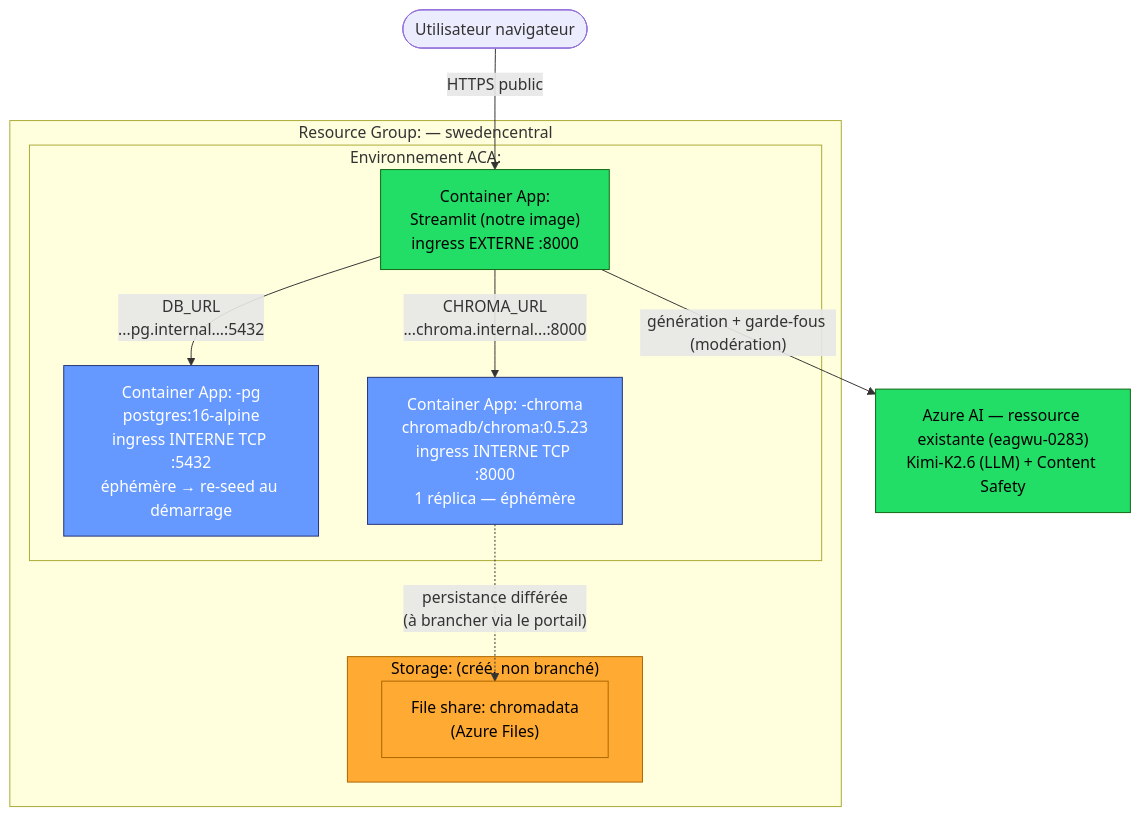
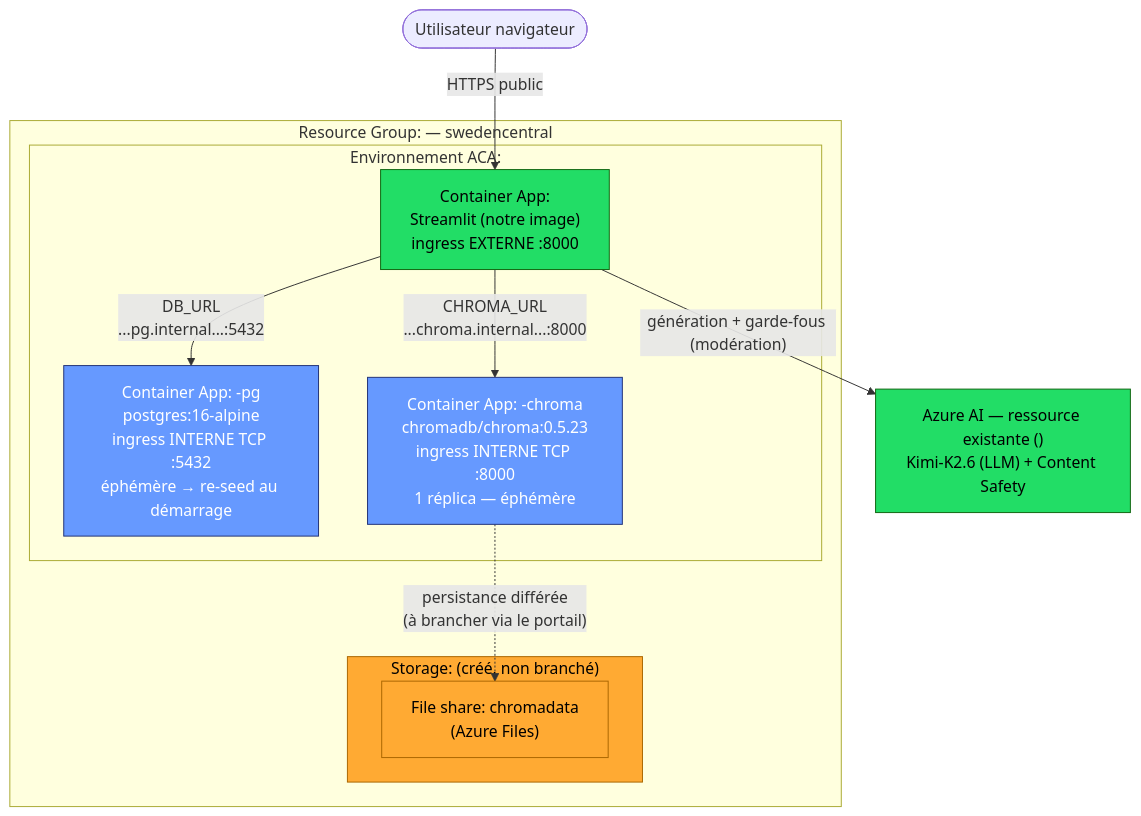
One commit to tonylucas/velmo-v2 changed the diagram in docs/superpowers/specs/2026-07-16-eval-mlops-cicd-design.md. Above: the diagram before and after it, drawn with Mermaid. The commit also changed other lines of this file and 13 other files, not shown here.

First line of the commit message:
docs: tell the truth about the deployed stack, and lead with a flow diagram

````diff
--- a/docs/superpowers/specs/2026-07-16-eval-mlops-cicd-design.md
+++ b/docs/superpowers/specs/2026-07-16-eval-mlops-cicd-design.md
@@ -102,31 +102,31 @@
 ```mermaid
 flowchart TB
     User([Utilisateur navigateur]) -->|HTTPS public| App
 
     subgraph RG["Resource Group: <resource-group> — swedencentral"]
         subgraph ENV["Environnement ACA: <containerapp-env>"]
             App["Container App: <app-name><br/>Streamlit (notre image)<br/>ingress EXTERNE :8000"]
             PG["Container App: <app-name>-pg<br/>postgres:16-alpine<br/>ingress INTERNE TCP :5432<br/>éphémère → re-seed au démarrage"]
             Chroma["Container App: <app-name>-chroma<br/>chromadb/chroma:0.5.23<br/>ingress INTERNE TCP :8000<br/>1 réplica — éphémère"]
         end
 
         subgraph STG["Storage: <storage-account> (créé, non branché)"]
             Share["File share: chromadata<br/>(Azure Files)"]
         end
     end
 
-    AI["Azure AI — ressource existante (eagwu-0283)<br/>Kimi-K2.6 (LLM) + Content Safety"]
+    AI["Azure AI — ressource existante (<ai-foundry-resource>)<br/>Kimi-K2.6 (LLM) + Content Safety"]
 
     App -->|"DB_URL<br/>...pg.internal...:5432"| PG
     App -->|"CHROMA_URL<br/>...chroma.internal...:8000"| Chroma
     App -->|"génération + garde-fous (modération)"| AI
     Chroma -.->|"persistance différée<br/>(à brancher via le portail)"| Share
 
     classDef ext fill:#2d6,stroke:#161,color:#000
     classDef int fill:#69f,stroke:#237,color:#fff
     classDef store fill:#fa3,stroke:#a60,color:#000
     class App ext
     class PG,Chroma int
     class Share,STG store
     class AI ext
 ```
````
